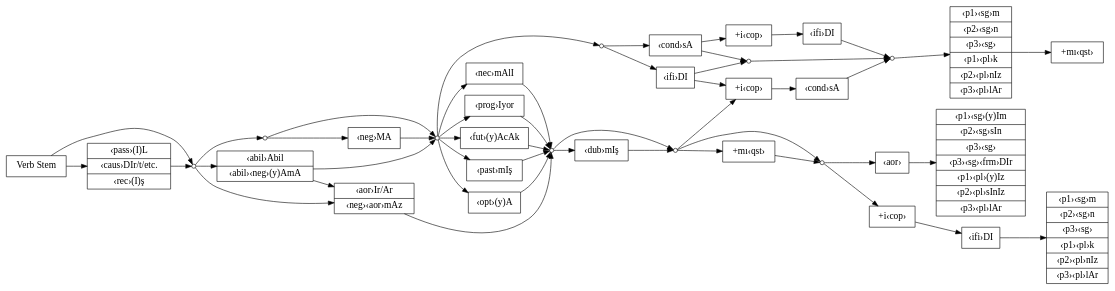
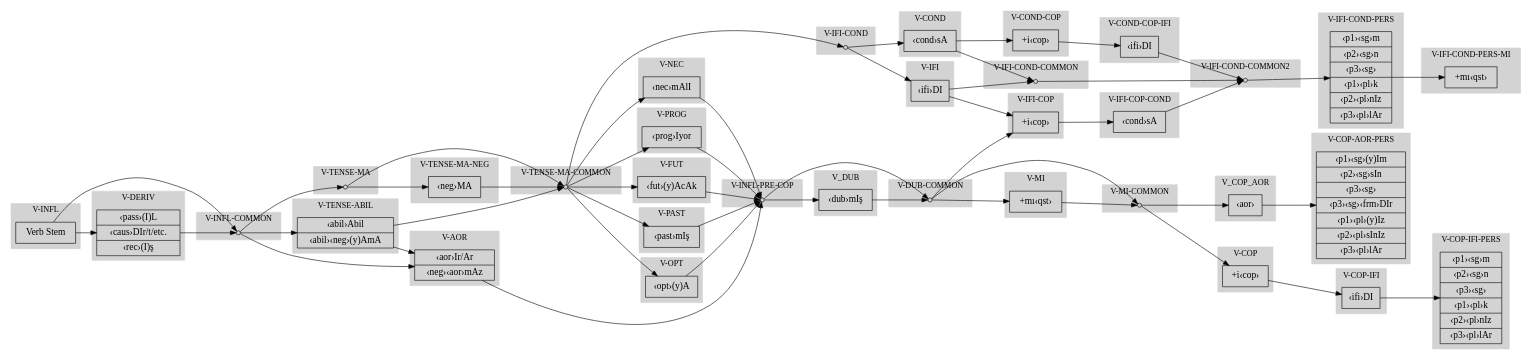
One commit to apertium/apertium-tur changed the diagram in dev/verbmorph.dot. Above: the diagram before and after it, drawn with Graphviz. The commit also changed 1 other file, not shown here.

```diff
--- a/dev/verbmorph.dot
+++ b/dev/verbmorph.dot
@@ -15,39 +15,59 @@
 	edge [
 	];
 
+	subgraph clusterV_INFL { style=filled; color=lightgrey;
+	label="V-INFL" ;
 	"V-INFL" [
 		label = "Verb Stem"
 		shape = "record"
 	];
+	}
 
+	subgraph clusterV_DERIV { style=filled; color=lightgrey;
+	label="V-DERIV" ;
 	"V-DERIV" [
 		label = "<f0> ‹pass›(I)L| <f1> ‹caus›DIr/t/etc. | <f2> ‹rec›(I)ş"
 		shape = "record"
 	];
+	}
 
+	subgraph clusterV_INFL_COMMON { style=filled; color=lightgrey;
+	label="V-INFL-COMMON" ;
 	"V-INFL-COMMON" [
 		shape = circle
 		label = ""
+		//xlabel = "V-INFL-COMMON"
 		height=.1,width=.1
-	]
+	];
+	}
 
-
+	subgraph clusterV_TENSE_MA { style=filled; color=lightgrey;
+	label="V-TENSE-MA" ;
 	"V-TENSE-MA" [
 		shape = circle
 		label = ""
 		height=.1,width=.1
-	]
+	];
+	}
 
+	subgraph clusterV_TENSE_MA_NEG { style=filled; color=lightgrey;
+	label="V-TENSE-MA-NEG" ;
 	"V-TENSE-MA-NEG" [
 		label = "‹neg›MA"
 		shape = "record"
 	];
+	}
 
+	subgraph clusterV_TENSE_ABIL { style=filled; color=lightgrey;
+	label="V-TENSE-ABIL" ;
 	"V-TENSE-ABIL" [
 		label = "<f0> ‹abil›Abil |<f1> ‹abil›‹neg›(y)AmA"
 		shape = "record"
-	]
+	];
+	}
 
+	subgraph clusterV_IFI_COND { style=filled; color=lightgrey;
+	label="V-IFI-COND" ;
 	"V-IFI-COND" [
 		shape = circle, //diamond
 		//style=filled
@@ -55,73 +75,112 @@
 		label = ""
 		height=.1,width=.1
 	];
+	}
 
+	subgraph clusterV_COND { style=filled; color=lightgrey;
+	label="V-COND" ;
 	"V-COND" [
 		label = "‹cond›sA"
 		shape = "record"
 	];
+	}
 
+	subgraph clusterV_IFI { style=filled; color=lightgrey;
+	label="V-IFI" ;
 	"V-IFI" [
 		label = "‹ifi›DI"
 		shape = "record"
 	];
+	}
 
+	subgraph clusterV_IFI_COND_COMMON { style=filled; color=lightgrey;
+	label="V-IFI-COND-COMMON" ;
 	"V-IFI-COND-COMMON" [
 		shape = circle
 		label = ""
 		height=.1,width=.1
 	] ;
+	}
 
+	subgraph clusterV_IFI_COP { style=filled; color=lightgrey;
+	label="V-IFI-COP" ;
 	"V-IFI-COP" [
 		label = "+i‹cop›"
 		shape = record
 	] ;
+	}
 
+	subgraph clusterV_COND_COP { style=filled; color=lightgrey;
+	label="V-COND-COP" ;
 	"V-COND-COP" [
 		label = "+i‹cop›"
 		shape = record
 	] ;
+	}
 
+	subgraph clusterV_IFI_COP_COND { style=filled; color=lightgrey;
+	label="V-IFI-COP-COND" ;
 	"V-IFI-COP-COND" [
 		label = "‹cond›sA"
 		shape = record
 	] ;
+	}
 
+	subgraph clusterV_COND_COP_IFI { style=filled; color=lightgrey;
+	label="V-COND-COP-IFI" ;
 	"V-COND-COP-IFI" [
 		label = "‹ifi›DI"
 		shape = "record"
 	] ;
+	}
 
+	subgraph clusterV_IFI_COND_COMMON2 { style=filled; color=lightgrey;
+	label="V-IFI-COND-COMMON2" ;
 	"V-IFI-COND-COMMON2" [
 		shape = circle
 		label = ""
 		//xlabel = "V-IFI-COND-COMMON2"
 		height=.1,width=.1
 	] ;
+	}
 
+	subgraph clusterV_IFI_COND_PERS { style=filled; color=lightgrey;
+	label="V-IFI-COND-PERS" ;
 	"V-IFI-COND-PERS" [
 		label = "<f0> ‹p1›‹sg›m |<f1> ‹p2›‹sg›n |<f2> ‹p3›‹sg› |<f3> ‹p1›‹pl›k |<f4> ‹p2›‹pl›nIz |<f5> ‹p3›‹pl›lAr"
 		shape = "record"
 	] ;
+	}
 
+	subgraph clusterV_IFI_COND_PERS_MI { style=filled; color=lightgrey;
+	label="V-IFI-COND-PERS-MI" ;
 	"V-IFI-COND-PERS-MI" [
 		label = "+mı‹qst›"
 		shape = "record"
 	] ;
+	}
 
+	subgraph clusterV_AOR { style=filled; color=lightgrey;
+	label="V-AOR" ;
 	"V-AOR" [
 		label = "<f0> ‹aor›Ir/Ar |<f1> ‹neg›‹aor›mAz"
 		//xlabel = "V-AOR"
 		shape = "record"
 	];
+	}
 
+	subgraph clusterV_INFL_PRE_COP { style=filled; color=lightgrey;
+	label="V-INFL-PRE-COP" ;
 	"V-INFL-PRE-COP" [
 		shape = circle
 		label = ""
 		//xlabel = "V-INFL-PRE-COP"
 		height=.1,width=.1
 	] ;
+	}
 
+	subgraph clusterV_TENSE_MA_COMMON { style=filled; color=lightgrey;
+	label="V-TENSE-MA-COMMON" ;
 	"V-TENSE-MA-COMMON" [
 		//label = "<f0> ‹prog›Iyor |<f1> ‹fut›(y)AcAk |<f2> ‹past›mIş |<f3> ‹opt›(y)A |<f4> ‹nec›mAlI"
 		//shape = "record"
@@ -130,91 +189,134 @@
 		//xlabel = "V-TENSE-MA-COMMON"
 		height=.1,width=.1
 	] ;
+	}
 
+	subgraph clusterV_PROG { style=filled; color=lightgrey;
+	label="V-PROG" ;
 	"V-PROG" [
 		label = "‹prog›Iyor"
 		//xlabel = "V-PROG"
 		shape = record
 	] ;
+	}
 
+	subgraph clusterV_FUT { style=filled; color=lightgrey;
+	label="V-FUT" ;
 	"V-FUT" [
 		label = "‹fut›(y)AcAk"
 		//xlabel = "V-FUT"
 		shape = record
 	] ;
+	}
 
+	subgraph clusterV_PAST { style=filled; color=lightgrey;
+	label="V-PAST" ;
 	"V-PAST" [
 		label = "‹past›mIş"
 		//xlabel = "V-PAST"
 		shape = record
 	] ;
+	}
 	
+	subgraph clusterV_OPT { style=filled; color=lightgrey;
+	label="V-OPT" ;
 	"V-OPT" [
 		label = "‹opt›(y)A"
 		//xlabel = "V-OPT"
 		shape = record
 	] ;
+	}
 	
+	subgraph clusterV_NEC { style=filled; color=lightgrey;
+	label="V-NEC" ;
 	"V-NEC" [
 		label = "‹nec›mAlI"
 		//xlabel = "V-NEC"
 		shape = record
 	] ;
+	}
 
+	subgraph clusterV_DUB { style=filled; color=lightgrey;
+	label="V_DUB" ;
 	"V-DUB" [
 		label = "‹dub›mIş"
 		//xlabel = "V-DUB"
 		shape = record
 	] ;
+	}
 
+	subgraph clusterV_DUB_COMMON { style=filled; color=lightgrey;
+	label="V-DUB-COMMON" ;
 	"V-DUB-COMMON" [
 		shape = circle
 		label = ""
 		//xlabel = "V-DUB-COMMON"
 		height=.1,width=.1
 	] ;
+	}
 
+	subgraph clusterV_MI { style=filled; color=lightgrey;
+	label="V-MI" ;
 	"V-MI" [
 		label = "+mı‹qst›"
 		//xlabel = "V-MI"
 		shape = record
 	] ;
+	}
 
+	subgraph clusterV_MI_COMMON { style=filled; color=lightgrey;
+	label="V-MI-COMMON" ;
 	"V-MI-COMMON" [
 		shape = circle
 		label = ""
 		//xlabel = "V-MI-COMMON"
 		height=.1,width=.1
 	] ;
+	}
 
+	subgraph clusterV_COP { style=filled; color=lightgrey;
+	label="V-COP" ;
 	"V-COP" [
 		label = "+i‹cop›"
 		//xlabel = "V-COP"
 		shape = record
 	] ;
+	}
 
+	subgraph clusterV_COP_IFI { style=filled; color=lightgrey;
+	label="V-COP-IFI" ;
 	"V-COP-IFI" [
 		label = "‹ifi›DI"
 		//xlabel = "V-COP-IFI"
 		shape = record
 	] ;
+	}
 
+	subgraph clusterV_COP_IFI_PERS { style=filled; color=lightgrey;
+	label="V-COP-IFI-PERS" ;
 	"V-COP-IFI-PERS" [
 		label = "<f0> ‹p1›‹sg›m |<f1> ‹p2›‹sg›n |<f2> ‹p3›‹sg› |<f3> ‹p1›‹pl›k |<f4> ‹p2›‹pl›nIz |<f5> ‹p3›‹pl›lAr"
 		//xlabel = "V-COP-IFI-PERS"
 		shape = "record"
 	] ;
+	}
 
+	subgraph clusterV_COP_AOR { style=filled; color=lightgrey;
+	label="V_COP_AOR" ;
 	"V-COP-AOR" [
 		label = "‹aor›"
 		//xlabel = "V-COP-AOR"
 		shape = "record"
 	] ;
+	}
 
+	subgraph clusterV_COP_AOR_PERS { style=filled; color=lightgrey;
+	label="V-COP-AOR-PERS" ;
 	"V-COP-AOR-PERS" [
 		label = "<f0> ‹p1›‹sg›(y)Im |<f1> ‹p2›‹sg›sIn |<f2> ‹p3›‹sg› |<f3> ‹p3›‹sg›‹frm›DIr |<f4> ‹p1›‹pl›(y)Iz |<f5> ‹p2›‹pl›sInIz |<f6> ‹p3›‹pl›lAr"
 		shape = "record"
 	] ;
+	}
 
 
 
@@ -224,7 +326,7 @@
 
 	"V-INFL-COMMON" -> "V-TENSE-MA" ;
 
-	"V-TENSE-MA" -> "V-TENSE-MA-COMMON" [constraint=false]  ;
+	"V-TENSE-MA" -> "V-TENSE-MA-COMMON"  [constraint=false]  ;
 	"V-TENSE-MA" -> "V-TENSE-MA-NEG" ;
 
 	"V-INFL-COMMON" -> "V-TENSE-ABIL" ;
@@ -270,7 +372,7 @@
 	"V-DUB-COMMON" -> "V-IFI-COP" ;
 
 	"V-DUB-COMMON" -> "V-MI" ; // [taillabel="V-DUB-COMMON",labelangle=90]  ;
-	"V-DUB-COMMON" -> "V-MI-COMMON" [constraint=false] ;
+	"V-DUB-COMMON" -> "V-MI-COMMON"  [constraint=false] ;
 	"V-MI" -> "V-MI-COMMON" ; // [taillabel="V-MI",labelangle=90] ;
 
 	"V-MI-COMMON" -> "V-COP" ;
```
